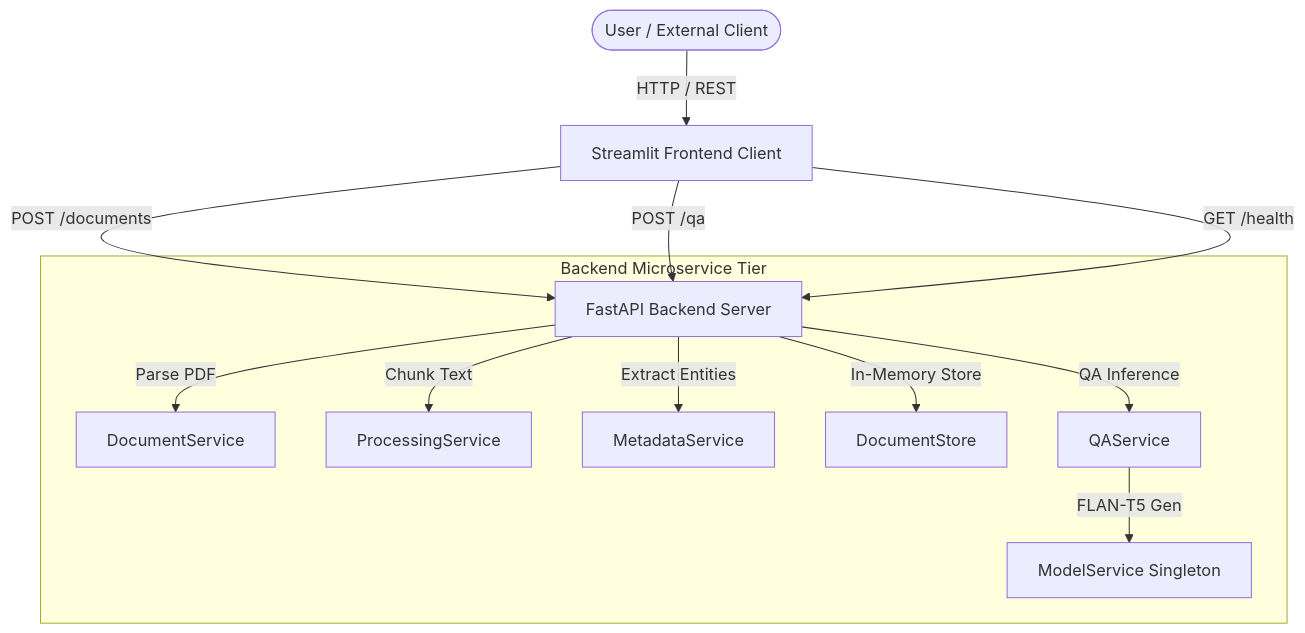
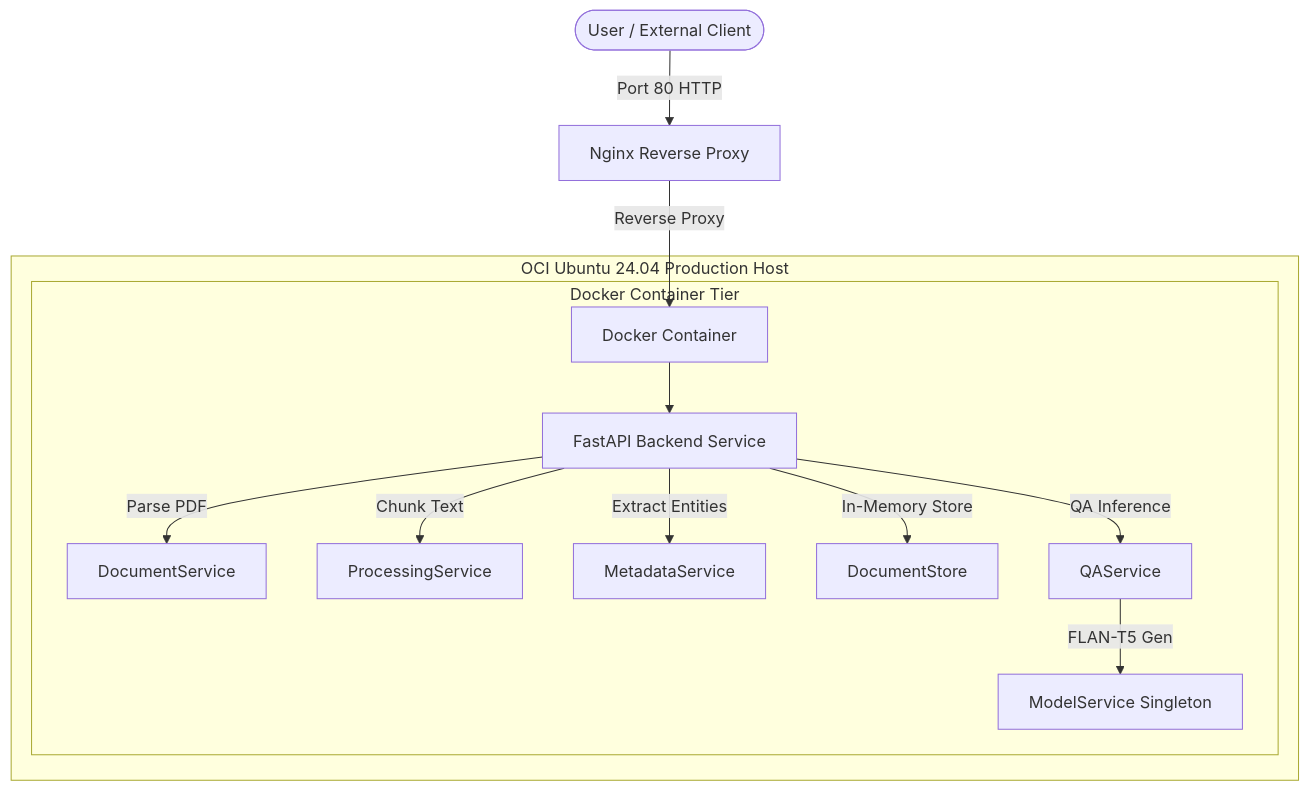
Before and after one commit to ParminderSinghGithub/SpectralReader: the diagram in README.md, drawn with Mermaid. The commit also changed other lines of this file and 1 other file, not shown here.

Commit message:
docs: update README with OCI production deployment architecture and documentation

````diff
--- a/README.md
+++ b/README.md
@@ -29,17 +46,18 @@
 ```mermaid
 graph TD
-    User([User / External Client]) -->|HTTP / REST| Frontend[Streamlit Frontend Client]
-    Frontend -->|POST /documents| API[FastAPI Backend Server]
-    Frontend -->|POST /qa| API
-    Frontend -->|GET /health| API
+    Client([User / External Client]) -->|Port 80 HTTP| Nginx[Nginx Reverse Proxy]
+    Nginx -->|Reverse Proxy| Docker[Docker Container]
 
-    subgraph Backend Microservice Tier
-        API -->|Parse PDF| DocService[DocumentService]
-        API -->|Chunk Text| ProcService[ProcessingService]
-        API -->|Extract Entities| MetaService[MetadataService]
-        API -->|In-Memory Store| Storage[DocumentStore]
-        API -->|QA Inference| QAService[QAService]
-        
-        QAService -->|FLAN-T5 Gen| Models[ModelService Singleton]
+    subgraph OCI Ubuntu 24.04 Production Host
+        subgraph Docker Container Tier
+            Docker --> API[FastAPI Backend Service]
+            API -->|Parse PDF| DocService[DocumentService]
+            API -->|Chunk Text| ProcService[ProcessingService]
+            API -->|Extract Entities| MetaService[MetadataService]
+            API -->|In-Memory Store| Storage[DocumentStore]
+            API -->|QA Inference| QAService[QAService]
+            
+            QAService -->|FLAN-T5 Gen| Models[ModelService Singleton]
+        end
     end
 ```
````
